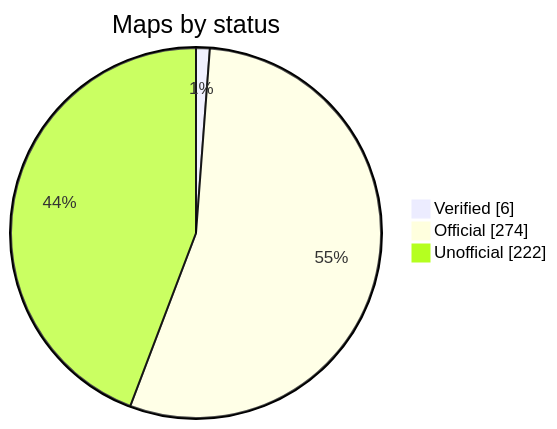
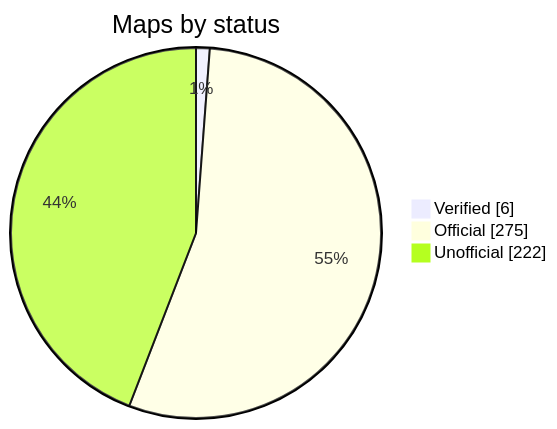
Before and after one commit to nobrega8/mbmap-library: the diagram in README.md, drawn with Mermaid. The commit also changed 2 other files, not shown here.

Commit message:
Add the Novus RHT Climate map (#101)

````diff
--- a/README.md
+++ b/README.md
@@ -48,7 +48,7 @@
 ```mermaid
 pie showData
     title Maps by status
     "Verified" : 6
-    "Official" : 274
+    "Official" : 275
     "Unofficial" : 222
 ```
````
